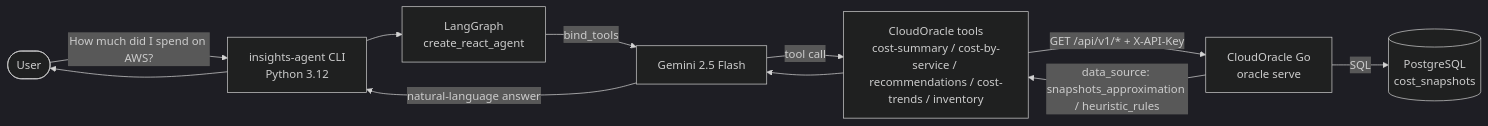
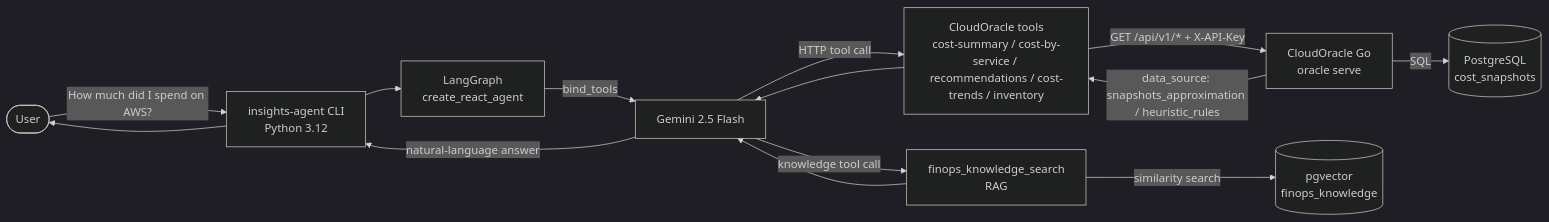
The diagram in README.md (Cro22/CloudOracle), drawn with Mermaid (dark theme) before and after one commit. The commit also changed other lines of this file and 25 other files, not shown here.

````diff
--- a/README.md
+++ b/README.md
@@ -18,13 +18,16 @@
 ```mermaid
 flowchart LR
     U([User]) -->|"How much did I spend on AWS?"| CLI[insights-agent CLI<br/>Python 3.12]
     CLI --> G[LangGraph<br/>create_react_agent]
     G -->|"bind_tools"| LLM[Gemini 2.5 Flash]
-    LLM -->|"tool call"| T[CloudOracle tools<br/>cost-summary / cost-by-service / recommendations / cost-trends / inventory]
+    LLM -->|"HTTP tool call"| T[CloudOracle tools<br/>cost-summary / cost-by-service / recommendations / cost-trends / inventory]
     T -->|"GET /api/v1/* + X-API-Key"| GO[CloudOracle Go<br/>oracle serve]
     GO -->|"SQL"| DB[(PostgreSQL<br/>cost_snapshots)]
     GO -->|"data_source: snapshots_approximation / heuristic_rules"| T
+    LLM -->|"knowledge tool call"| R[finops_knowledge_search<br/>RAG]
+    R -->|"similarity search"| VDB[(pgvector<br/>finops_knowledge)]
     T --> LLM
+    R --> LLM
     LLM -->|"natural-language answer"| CLI
     CLI --> U
 ```
````
